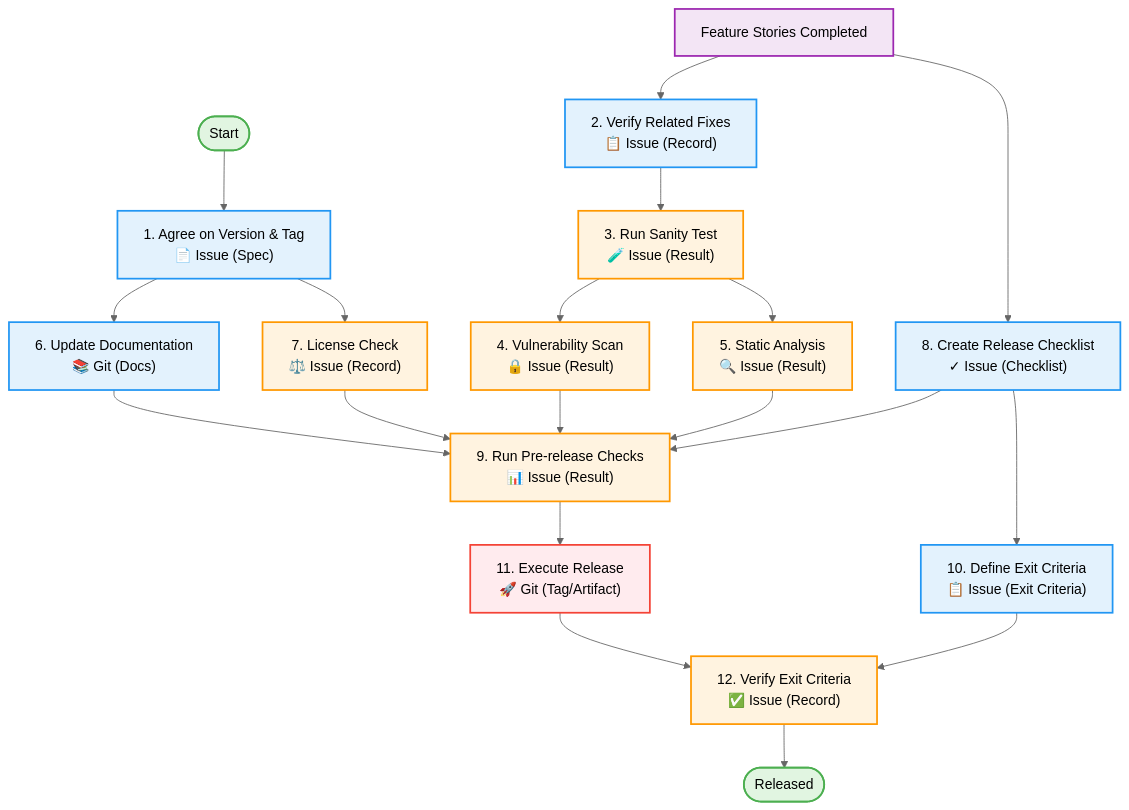
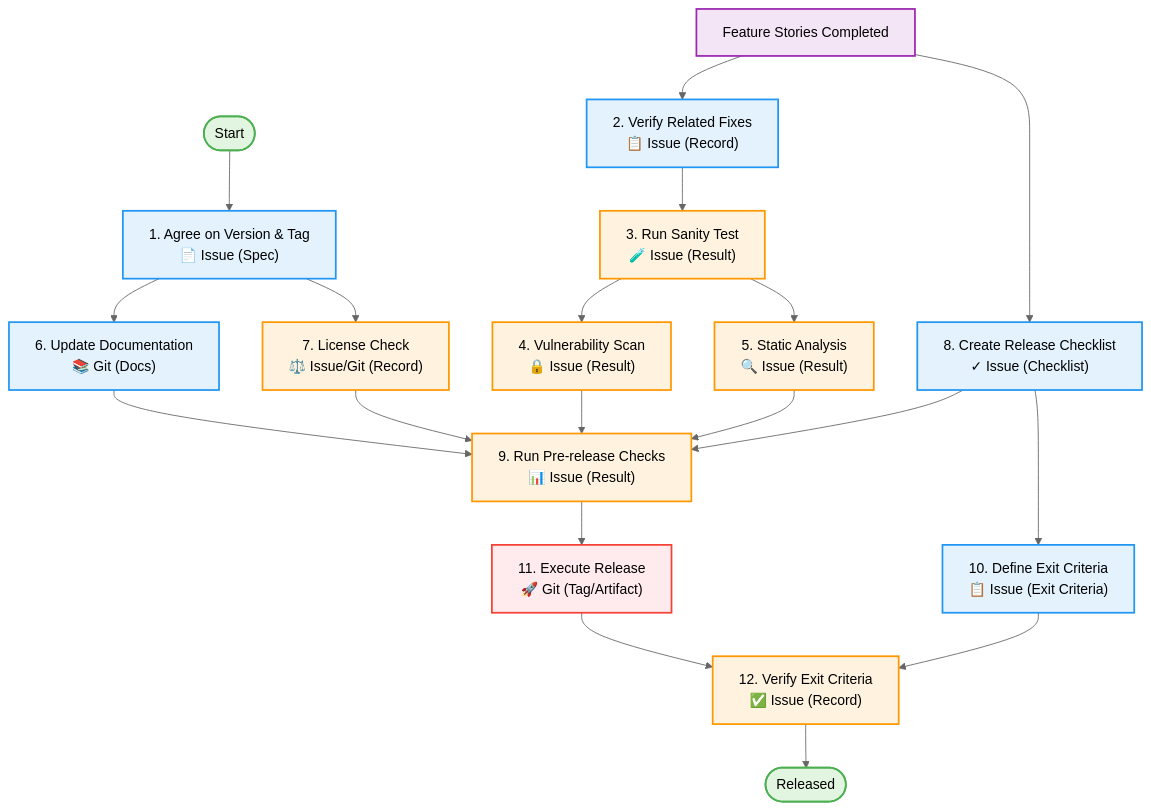
One commit to LongbowXXX/terraformer changed the fourth of 4 diagrams in knowledge/workflows/workflow.md. Above: the diagram before and after it, drawn with Mermaid (neutral theme). The commit also changed other lines of this file and 5 other files, not shown here.

````diff
--- a/knowledge/workflows/workflow.md
+++ b/knowledge/workflows/workflow.md
@@ -179,35 +179,35 @@
 ```mermaid
 graph TD
     Start([Start]) --> T1
     Features[Feature Stories Completed] --> T2
 
     T1["1. Agree on Version & Tag<br/>📄 Issue (Spec)"] --> T6
     T1 --> T7
     T2["2. Verify Related Fixes<br/>📋 Issue (Record)"] --> T3
     T3["3. Run Sanity Test<br/>🧪 Issue (Result)"] --> T4
     T3 --> T5
     T4["4. Vulnerability Scan<br/>🔒 Issue (Result)"] --> T9
     T5["5. Static Analysis<br/>🔍 Issue (Result)"] --> T9
     T6["6. Update Documentation<br/>📚 Git (Docs)"] --> T9
-    T7["7. License Check<br/>⚖️ Issue (Record)"] --> T9
+    T7["7. License Check<br/>⚖️ Issue/Git (Record)"] --> T9
     T8["8. Create Release Checklist<br/>✓ Issue (Checklist)"] --> T9
     Features --> T8
     T8 --> T10
     T9["9. Run Pre-release Checks<br/>📊 Issue (Result)"] --> T11
     T10["10. Define Exit Criteria<br/>📋 Issue (Exit Criteria)"] --> T12
     T11["11. Execute Release<br/>🚀 Git (Tag/Artifact)"] --> T12
     T12["12. Verify Exit Criteria<br/>✅ Issue (Record)"] --> End
     End([Released])
 
     classDef startEnd fill:#e1f5e1,stroke:#4caf50,stroke-width:2px,color:#000
     classDef prereq fill:#f3e5f5,stroke:#9c27b0,stroke-width:2px,color:#000
     classDef task fill:#e3f2fd,stroke:#2196f3,stroke-width:2px,color:#000
     classDef check fill:#fff3e0,stroke:#ff9800,stroke-width:2px,color:#000
     classDef release fill:#ffebee,stroke:#f44336,stroke-width:2px,color:#000
 
     class Start,End startEnd
     class Features prereq
     class T1,T2,T6,T8,T10 task
     class T3,T4,T5,T7,T9,T12 check
     class T11 release
 ```
````
